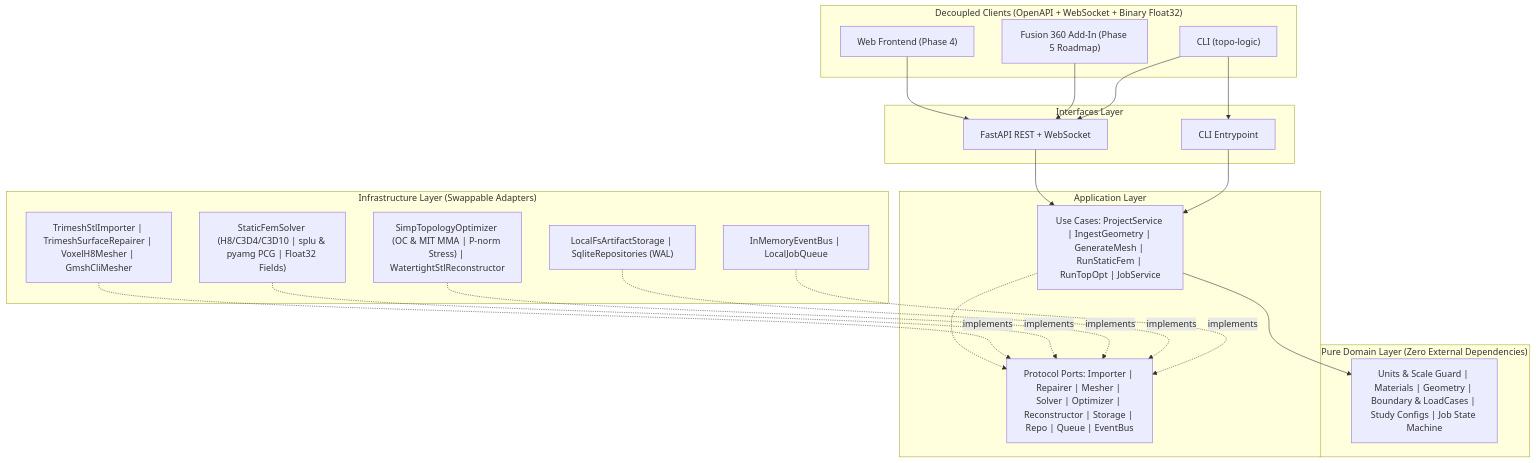
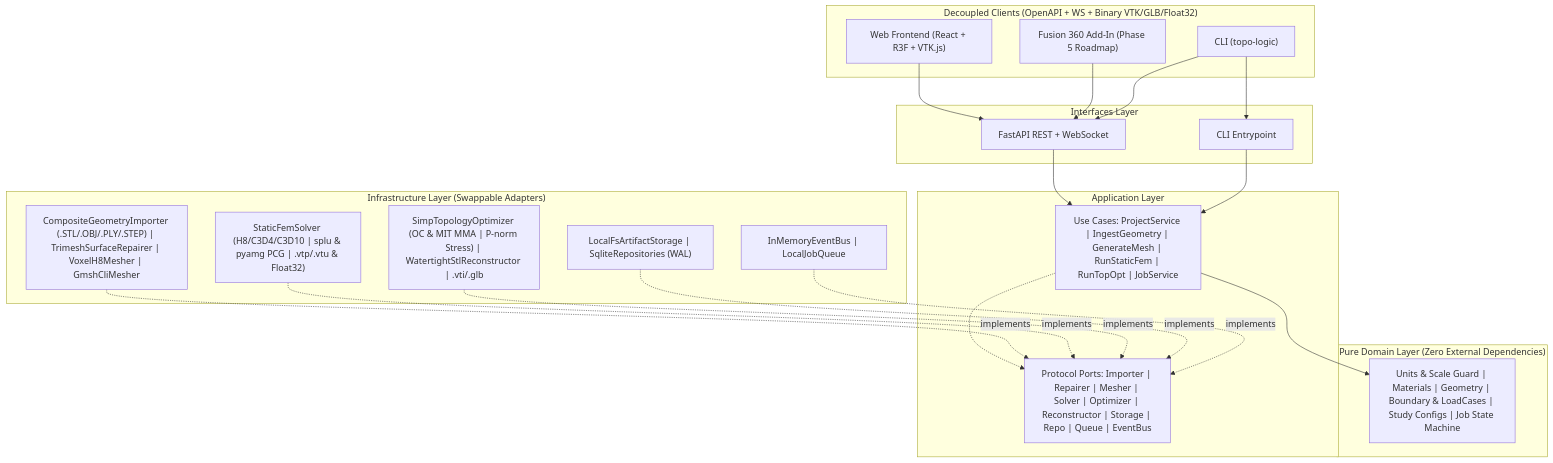
One commit to brunoBarros45/Topo_Logic changed the diagram in README.md. Above: the diagram before and after it, drawn with Mermaid. The commit also changed other lines of this file and 5 other files, not shown here.

Commit message:
docs(frontend): document Phase 4 binary formats multi-format importers and web app

````diff
--- a/README.md
+++ b/README.md
@@ -32,37 +32,37 @@
 ```mermaid
 flowchart TB
-    subgraph Clients["Decoupled Clients (OpenAPI + WebSocket + Binary Float32)"]
-        WEB["Web Frontend (Phase 4)"]
+    subgraph Clients["Decoupled Clients (OpenAPI + WS + Binary VTK/GLB/Float32)"]
+        WEB["Web Frontend (React + R3F + VTK.js)"]
         FUSION["Fusion 360 Add-In (Phase 5 Roadmap)"]
         CLI["CLI (topo-logic)"]
     end
 
     subgraph Interfaces["Interfaces Layer"]
         API["FastAPI REST + WebSocket"]
         CLICMD["CLI Entrypoint"]
     end
 
     subgraph Application["Application Layer"]
         UC["Use Cases: ProjectService | IngestGeometry | GenerateMesh | RunStaticFem | RunTopOpt | JobService"]
         PORTS["Protocol Ports: Importer | Repairer | Mesher | Solver | Optimizer | Reconstructor | Storage | Repo | Queue | EventBus"]
     end
 
     subgraph Domain["Pure Domain Layer (Zero External Dependencies)"]
         DOM["Units & Scale Guard | Materials | Geometry | Boundary & LoadCases | Study Configs | Job State Machine"]
     end
 
     subgraph Infrastructure["Infrastructure Layer (Swappable Adapters)"]
-        MESH["TrimeshStlImporter | TrimeshSurfaceRepairer | VoxelH8Mesher | GmshCliMesher"]
-        FEM["StaticFemSolver (H8/C3D4/C3D10 | splu & pyamg PCG | Float32 Fields)"]
-        TOPOPT["SimpTopologyOptimizer (OC & MIT MMA | P-norm Stress) | WatertightStlReconstructor"]
+        MESH["CompositeGeometryImporter (.STL/.OBJ/.PLY/.STEP) | TrimeshSurfaceRepairer | VoxelH8Mesher | GmshCliMesher"]
+        FEM["StaticFemSolver (H8/C3D4/C3D10 | splu & pyamg PCG | .vtp/.vtu & Float32)"]
+        TOPOPT["SimpTopologyOptimizer (OC & MIT MMA | P-norm Stress) | WatertightStlReconstructor | .vti/.glb"]
         STORE["LocalFsArtifactStorage | SqliteRepositories (WAL)"]
         EXEC["InMemoryEventBus | LocalJobQueue"]
     end
 
     WEB & FUSION & CLI --> API
     CLI --> CLICMD
     API & CLICMD --> UC
     UC --> DOM
     UC -.-> PORTS
     MESH & FEM & TOPOPT & STORE & EXEC -.implements.-> PORTS
 ```
````
